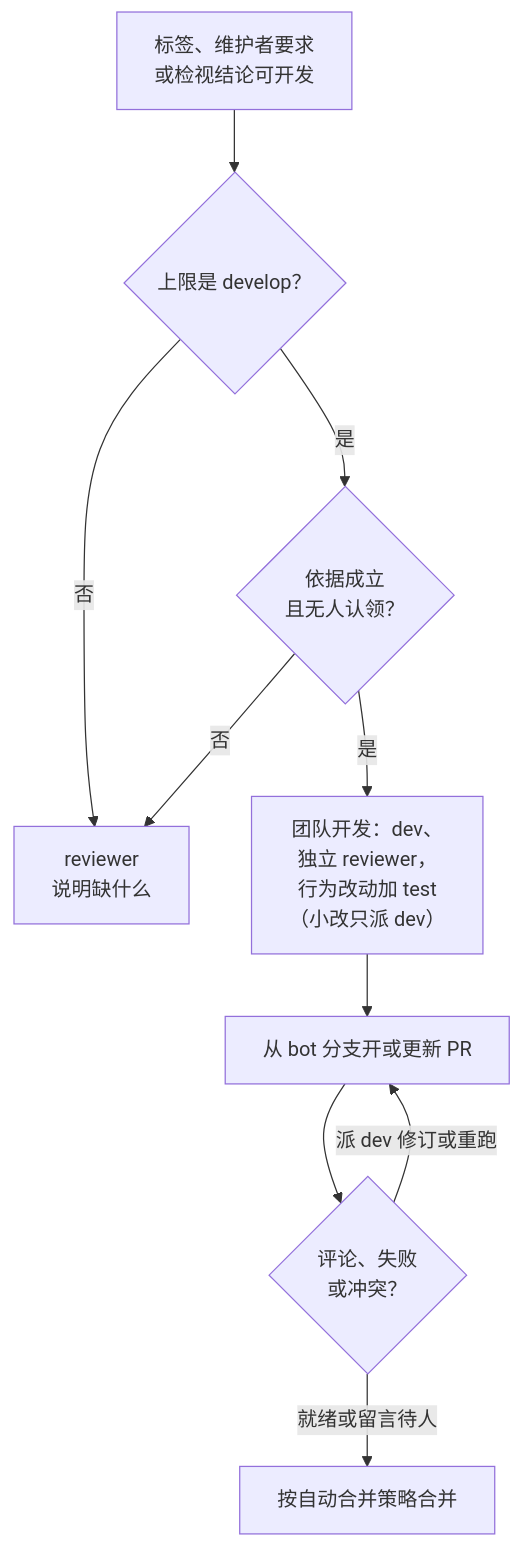
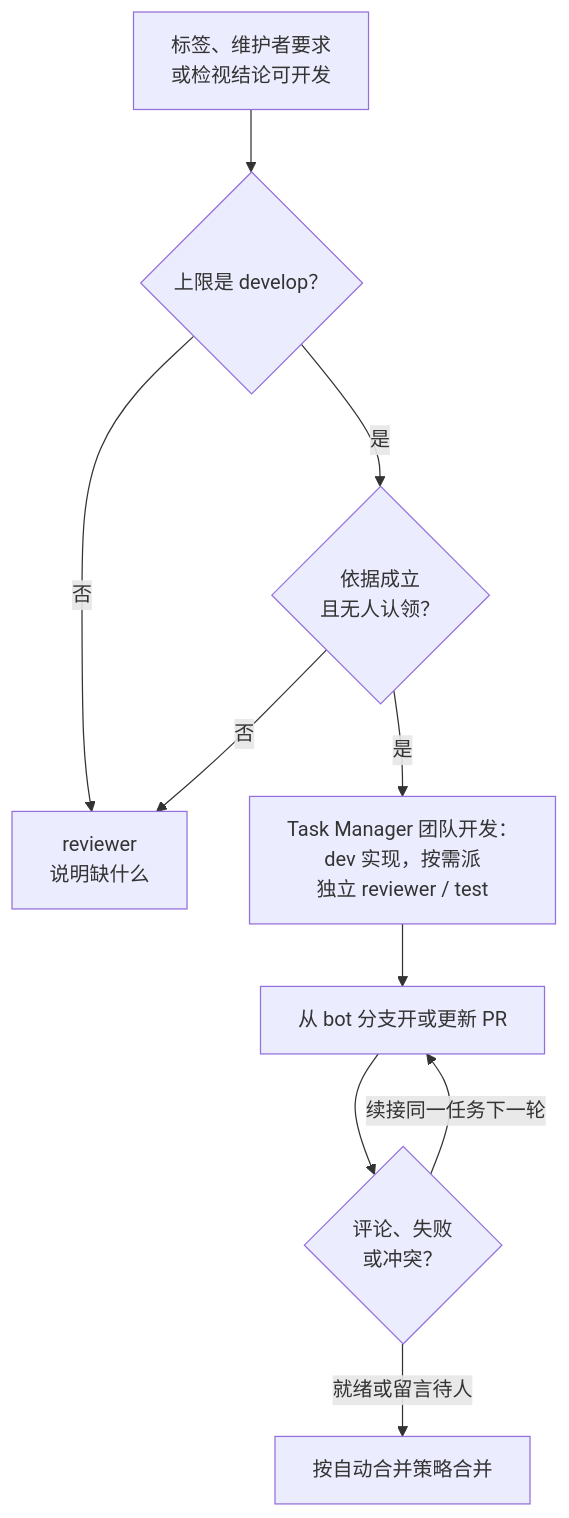
Before and after one commit to agent-CI-Infra/bot: the fourth of 6 diagrams in docs/prompts/manager-dispatch.md, drawn with Mermaid. The commit also changed other lines of this file and 36 other files, not shown here.

````diff
--- a/docs/prompts/manager-dispatch.md
+++ b/docs/prompts/manager-dispatch.md
@@ -76,12 +76,12 @@
 ```mermaid
 flowchart TD
   trig["标签、维护者要求<br>或检视结论可开发"] --> ceil{"上限是 develop？"}
   ceil -->|否| explain["reviewer<br>说明缺什么"]
   ceil -->|是| basis{"依据成立<br>且无人认领？"}
   basis -->|否| explain
-  basis -->|是| team["团队开发：dev、<br>独立 reviewer，<br>行为改动加 test<br>（小改只派 dev）"]
+  basis -->|是| team["Task Manager 团队开发：<br>dev 实现，按需派<br>独立 reviewer / test"]
   team --> pr["从 bot 分支开或更新 PR"]
   pr --> talk{"评论、失败<br>或冲突？"}
-  talk -->|派 dev 修订或重跑| pr
+  talk -->|续接同一任务下一轮| pr
   talk -->|就绪或留言待人| merge["按自动合并策略合并"]
 ```
````
